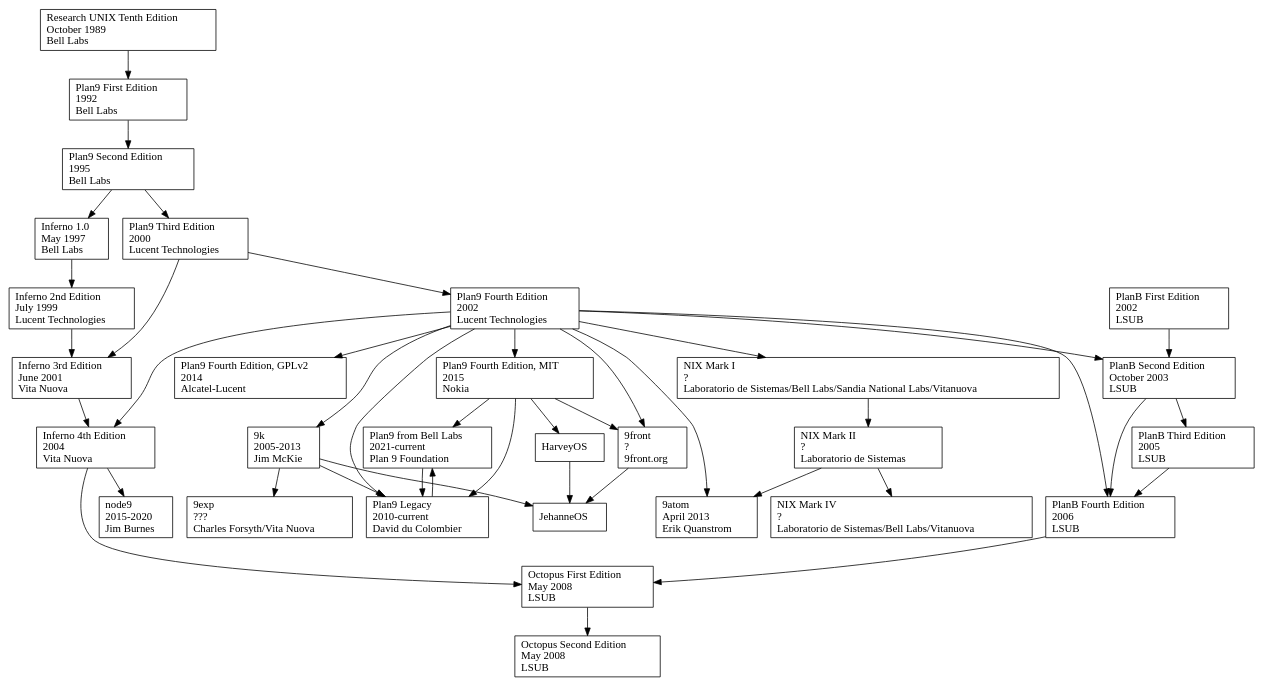
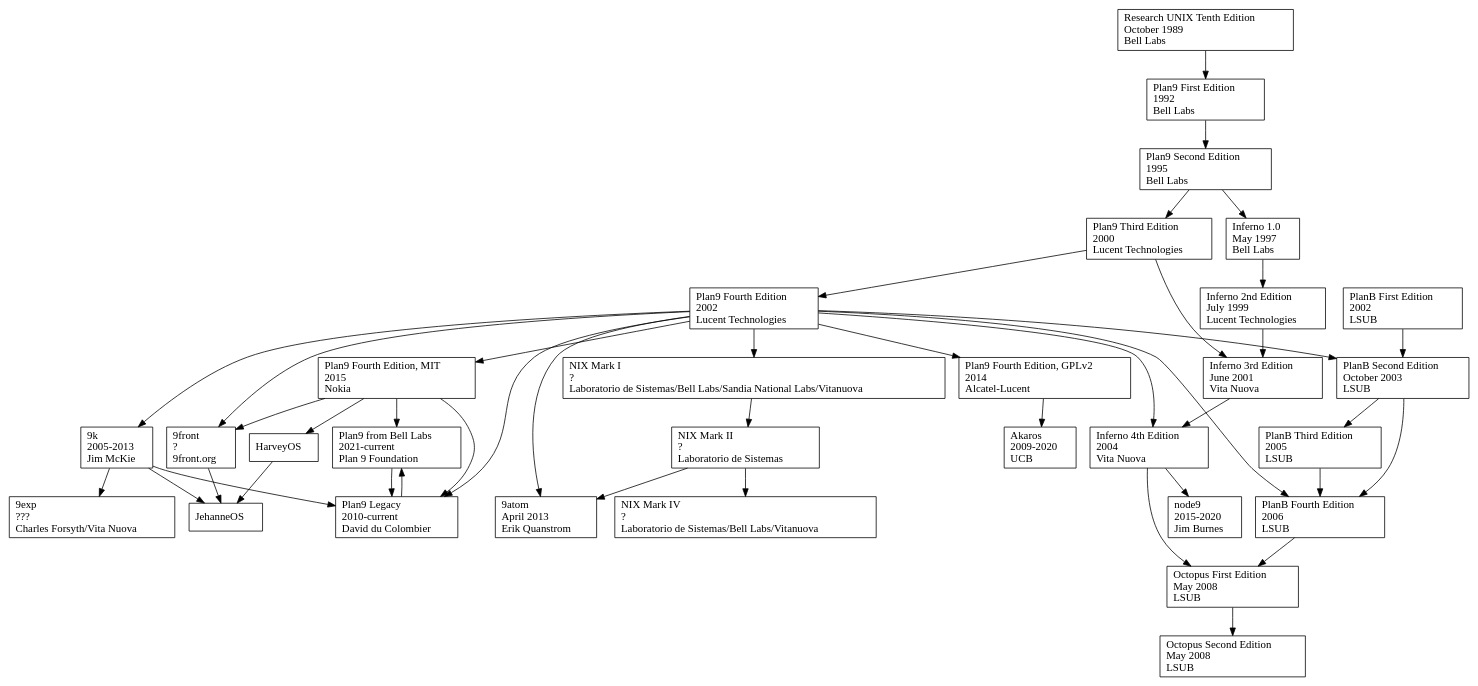
The diagram in plan9.dot (da4089/plan9-history), drawn with Graphviz before and after one commit.

```diff
--- a/plan9.dot
+++ b/plan9.dot
@@ -1,191 +1,199 @@
 digraph D {
 
         node [shape=record];
 
         // --------------------
         // Research UNIX
         // See various UNIX histories for details
         unix10ed [label="Research UNIX Tenth Edition\lOctober 1989\lBell Labs\l"]
 
 
         // --------------------
         // Plan 9 from Bell Labs
 
         p91ed [label="Plan9 First Edition\l1992\lBell Labs\l"]
         unix10ed      -> p91ed
 
         p92ed [label="Plan9 Second Edition\l1995\lBell Labs\l"]
         p91ed         -> p92ed
 
         p93ed [label="Plan9 Third Edition\l2000\lLucent Technologies\l"]
         p92ed         -> p93ed
 
         p94ed [label="Plan9 Fourth Edition\l2002\lLucent Technologies\l"]
         p93ed         -> p94ed
 
         p94ed_gpl [label="Plan9 Fourth Edition, GPLv2\l2014\lAlcatel-Lucent\l"]
         p94ed         -> p94ed_gpl
 
         p94ed_mit [label="Plan9 Fourth Edition, MIT\l2015\lNokia\l"]
         p94ed         -> p94ed_mit
 
         p9_io [label="Plan9 from Bell Labs\l2021-current\lPlan 9 Foundation\l"]
         p94ed_mit     -> p9_io
         p9legacy      -> p9_io  // FIXME: is this accurate?
 
 
         // --------------------
         // 9k
         // Jim McKie's 64bit port at Bell Labs
 
         p9k [label="9k\l2005-2013\lJim McKie\l"]
         p94ed         -> p9k
 
 
         // --------------------
         // 9legacy
         // originally, a set of patches against sources @ Bell Labs, maintained by David du Colombier
         // now a full distrubtion, at 9legacy.org
 
         p9legacy [label="Plan9 Legacy\l2010-current\lDavid du Colombier\l"]
         p94ed         -> p9legacy
         p94ed_mit     -> p9legacy
         p9_io         -> p9legacy
         p9k           -> p9legacy
 
 
         // --------------------
         // 9exp
         // Charles Forsyth's 64 bit kernel
         p9exp [label="9exp\l???\lCharles Forsyth/Vita Nuova\l"]
         p9k           -> p9exp
 
 
         // --------------------
         // Inferno
 
         inferno1ed [label="Inferno 1.0\lMay 1997\lBell Labs\l"]
         p92ed         -> inferno1ed
 
         inferno2ed [label="Inferno 2nd Edition\lJuly 1999\lLucent Technologies\l"]
         inferno1ed    -> inferno2ed
 
         inferno3ed [label="Inferno 3rd Edition\lJune 2001\lVita Nuova\l"]
         inferno2ed    -> inferno3ed
         p93ed         -> inferno3ed
 
         inferno4ed [label="Inferno 4th Edition\l2004\lVita Nuova\l"]
         inferno3ed    -> inferno4ed
         p94ed         -> inferno4ed
 
 
         // --------------------
         // Plan B
         // nemo & co
 
         // nemo: not based on Plan9
         planb1ed [label="PlanB First Edition\l2002\lLSUB\l"]
 
         // nemo: based on 4th edition
         // 2nd edition user manaul (PostScript) has October 2003 date
         planb2ed [label="PlanB Second Edition\lOctober 2003\lLSUB\l"]
         planb1ed      -> planb2ed
         p94ed         -> planb2ed
 
         // 3rd ed user manual, GSYC-TR-2005-04
         planb3ed [label="PlanB Third Edition\l2005\lLSUB\l"]
         planb2ed      -> planb3ed
 
         // 4th ed user manual
         // 4th ed source at https://github.com/fjballest/planb
         planb4ed [label="PlanB Fourth Edition\l2006\lLSUB\l"]
         planb2ed      -> planb4ed
         planb3ed      -> planb4ed
         p94ed         -> planb4ed
 
 
         // --------------------
         // Octopus
         octopus1ed [label="Octopus First Edition\lMay 2008\lLSUB\l"]
         planb4ed      -> octopus1ed
         inferno4ed    -> octopus1ed
 
         // 2nd Edition
         octopus2ed [label="Octopus Second Edition\lMay 2008\lLSUB\l"]
         octopus1ed    -> octopus2ed
 
 
         // --------------------
         // NIX
 
         nixmk1 [label="NIX Mark I\l?\lLaboratorio de Sistemas/Bell Labs/Sandia National Labs/Vitanuova\l"]
         p94ed         -> nixmk1
 
         nixmk2 [label="NIX Mark II\l?\lLaboratorio de Sistemas\l"]
         nixmk1        -> nixmk2
 
         nixmk4 [label="NIX Mark IV\l?\lLaboratorio de Sistemas/Bell Labs/Vitanuova\l"]
         nixmk2        -> nixmk4
 
 
         // --------------------
         // 9atom
 
         p9atom [label="9atom\lApril 2013\lErik Quanstrom\l"]
         nixmk2        -> p9atom
         p94ed         -> p9atom
 
 
         // --------------------
         // 9front
 
         p9front [label="9front\l?\l9front.org\l"]
         p94ed         -> p9front
         p94ed_mit     -> p9front
 
 
         // --------------------
         // node9
 
         node9 [label="node9\l2015-2020\lJim Burnes\l"]
         inferno4ed    -> node9
 
 
         // --------------------
         // Inferno for Sheevaplug (Marvell Kirkwood)
         // https://github.com/mjl-/inferno-kirkwood
 
         //inferno_kirkwood [label="Inferno for Kirkwood\l2010\lMechiel Lukkien\l"]
         //inferno4ed    -> inferno_kirkwood
 
 
         // --------------------
         // Inferno for Nintendo DS
 
         //inferno_ds [label="Inferno for Nintendo DS\l2010\lMechiel Lukkien/Noah Evans/Salva Peiró\l"]
         //inferno4ed    -> inferno_ds
 
 
         // --------------------
         // Inferno for the Openmoko 1973/FreeRunner phone
         // https://github.com/Plan9-Archive/inferno-openmoko
 
         //inferno_openmoko [label="Inferno for Openmoko\l2009\lUnknown\l"]
         //inferno4ed    -> inferno_openmoko
 
 
         // --------------------
         // Harvey
 
         harvey [label="HarveyOS\l"]
         p94ed_mit     -> harvey
 
 
         // --------------------
         // Jehanne
 
         jehanne [label="JehanneOS\l"]
         p9front       -> jehanne
         harvey        -> jehanne
         p9k           -> jehanne
+
+
+        // --------------------
+        // Akaros
+        // from UCB
+
+        akaros [label="Akaros\l2009-2020\lUCB\l"]
+        p94ed_gpl     -> akaros
 }
```
